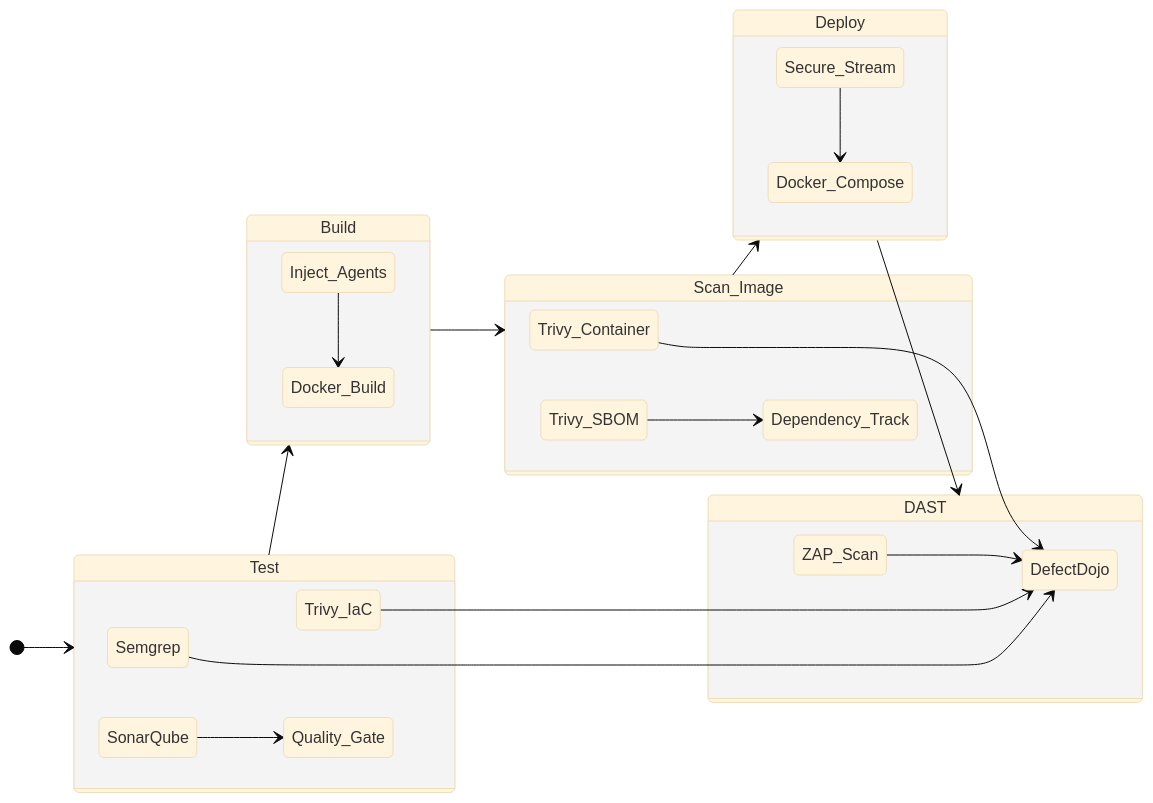
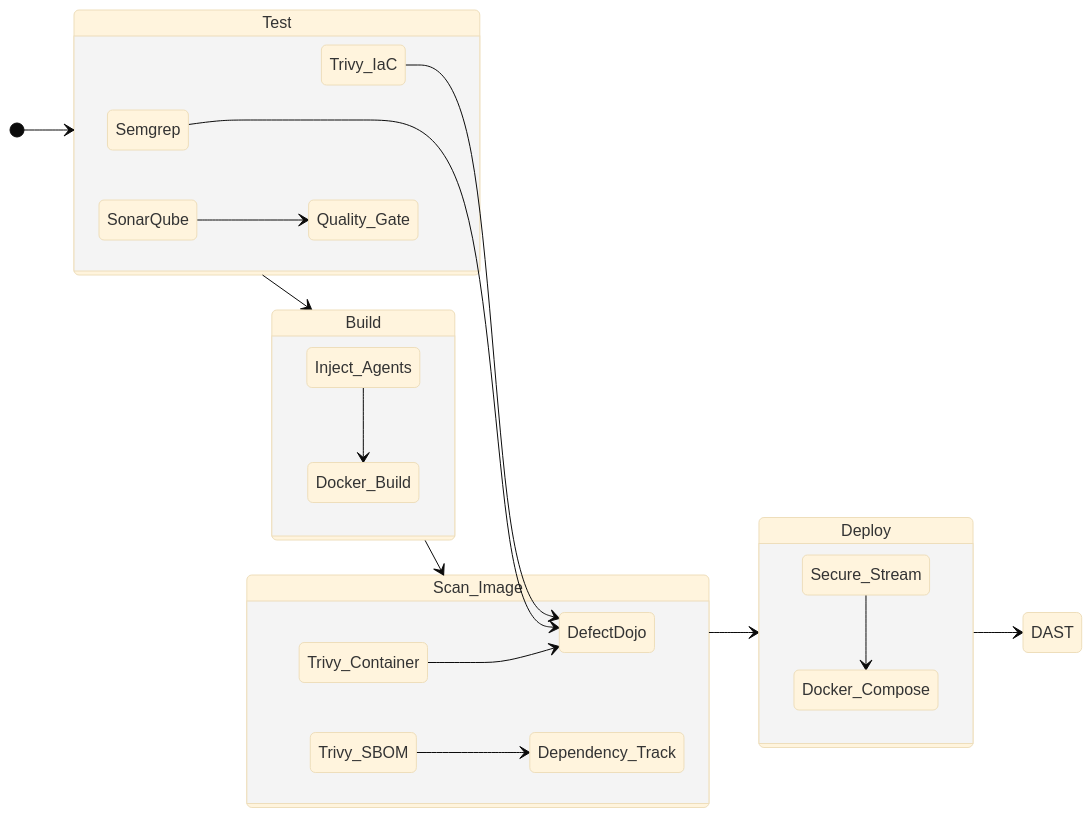
One commit to coolcalmjoe/SecuringDVWA changed the diagram in docs/devsecops.md. Above: the diagram before and after it, drawn with Mermaid (base theme). The commit also changed other lines of this file, not shown here.

````diff
--- a/docs/devsecops.md
+++ b/docs/devsecops.md
@@ -6,28 +16,25 @@
 ```mermaid
 stateDiagram-v2
     direction LR
     [*] --> Test
     Test --> Build
     Build --> Scan_Image
     Scan_Image --> Deploy
     Deploy --> DAST
 
     state Test {
         Semgrep --> DefectDojo
         Trivy_IaC --> DefectDojo
         SonarQube --> Quality_Gate
     }
     state Build {
         Inject_Agents --> Docker_Build
     }
     state Scan_Image {
         Trivy_Container --> DefectDojo
         Trivy_SBOM --> Dependency_Track
     }
     state Deploy {
         Secure_Stream --> Docker_Compose
     }
-    state DAST {
-        ZAP_Scan --> DefectDojo
-    }
 ```
````
